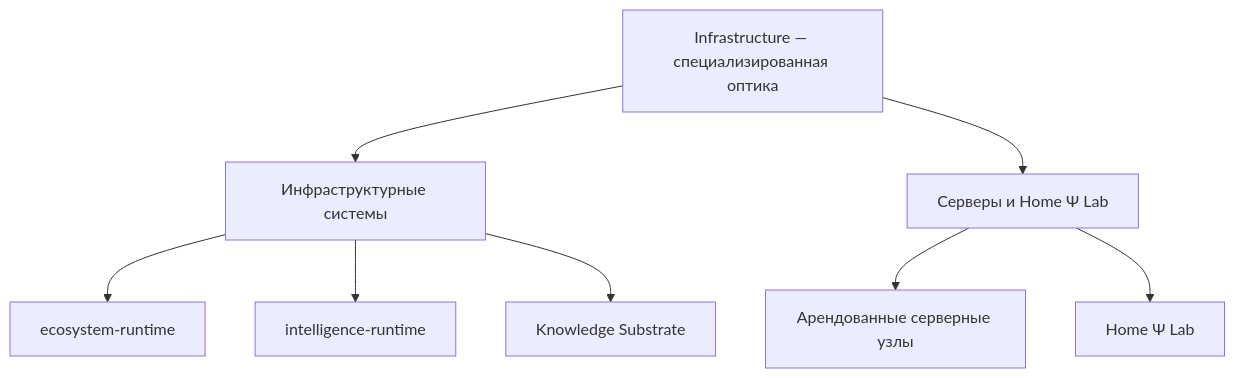
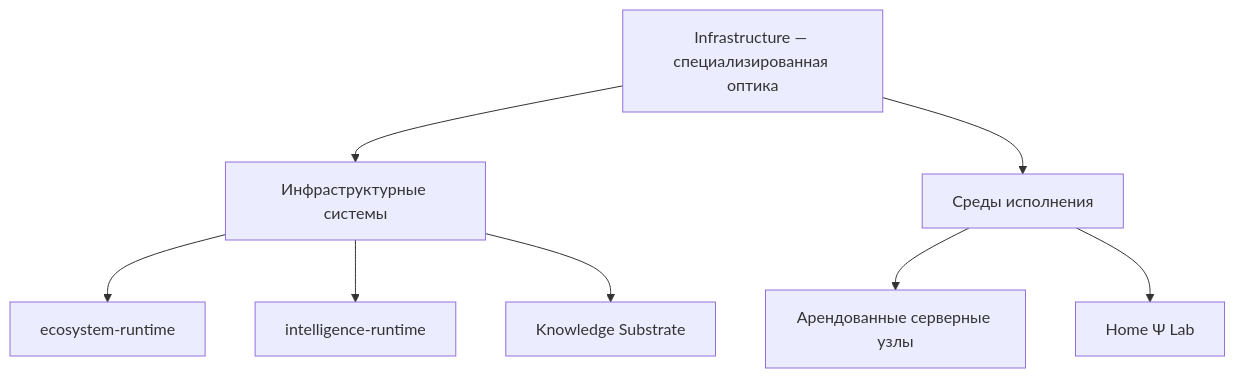
One commit to DETai-org/Knowledge_substrate changed the diagram in knowledge_core/source_of_truth/docs/ecosystem/ru/ecosystem/Infrastructure/index.md. Above: the diagram before and after it, drawn with Mermaid. The commit also changed other lines of this file and 4 other files, not shown here.

````diff
--- a/knowledge_core/source_of_truth/docs/ecosystem/ru/ecosystem/Infrastructure/index.md
+++ b/knowledge_core/source_of_truth/docs/ecosystem/ru/ecosystem/Infrastructure/index.md
@@ -37,19 +37,19 @@
 ```mermaid
 flowchart TB
     infra["Infrastructure — специализированная оптика"]
     systems["Инфраструктурные системы"]
-    environments["Серверы и Home Ψ Lab"]
+    environments["Среды исполнения"]
     ecosystem["ecosystem-runtime"]
     intelligence["intelligence-runtime"]
     knowledge["Knowledge Substrate"]
     servers["Арендованные серверные узлы"]
     home["Home Ψ Lab"]
 
     infra --> systems
     infra --> environments
     systems --> ecosystem
     systems --> intelligence
     systems --> knowledge
     environments --> servers
     environments --> home
 ```
````
